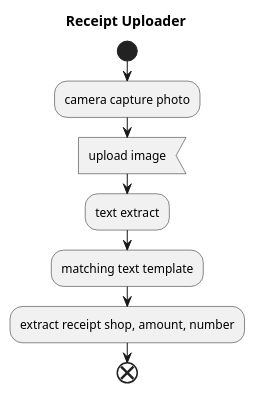
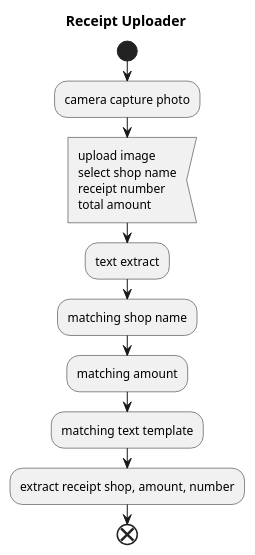
The diagram in spec/overview.puml (digi3colin/receipt-upload), drawn with PlantUML before and after one commit. The commit also changed 1 other file, not shown here.

```diff
--- a/spec/overview.puml
+++ b/spec/overview.puml
@@ -1,11 +1,16 @@
 @startuml
 skinparam Shadowing false
 title Receipt Uploader
 start
 :camera capture photo;
-:upload image<
+:upload image
+select shop name
+receipt number
+total amount<
 :text extract;
+:matching shop name;
+:matching amount;
 :matching text template;
 :extract receipt shop, amount, number;
 end
 @enduml
```
